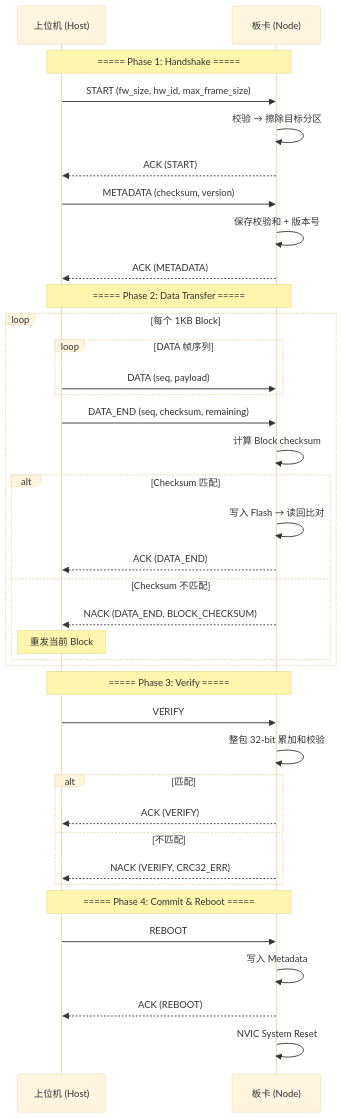
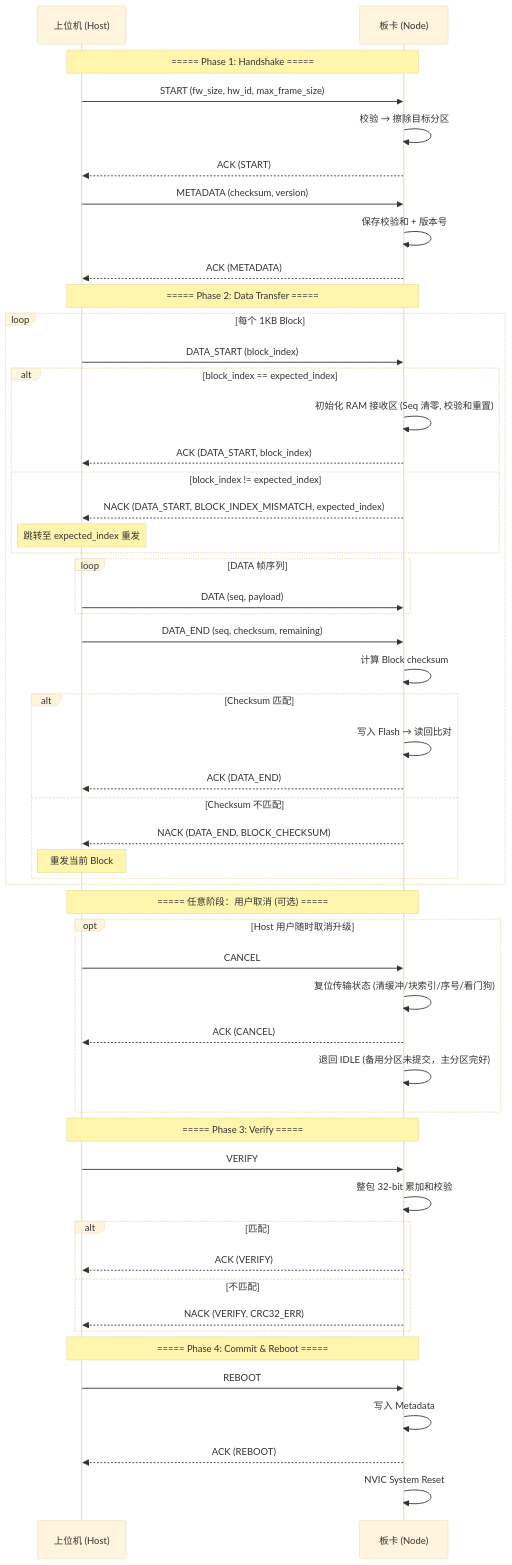
One commit to fubingyan2026/stm32_g474_boot changed the diagram in boot_protocol_spec.md. Above: the diagram before and after it, drawn with Mermaid (base theme). The commit also changed other lines of this file and 35 other files, not shown here.

````diff
--- a/boot_protocol_spec.md
+++ b/boot_protocol_spec.md
@@ -219,49 +255,66 @@
 ```mermaid
 sequenceDiagram
     participant H as 上位机 (Host)
     participant N as 板卡 (Node)
 
     Note over H,N: ===== Phase 1: Handshake =====
 
     H->>N: START (fw_size, hw_id, max_frame_size)
     N->>N: 校验 → 擦除目标分区
     N-->>H: ACK (START)
 
     H->>N: METADATA (checksum, version)
     N->>N: 保存校验和 + 版本号
     N-->>H: ACK (METADATA)
 
     Note over H,N: ===== Phase 2: Data Transfer =====
 
     loop 每个 1KB Block
+        H->>N: DATA_START (block_index)
+        alt block_index == expected_index
+            N->>N: 初始化 RAM 接收区 (Seq 清零, 校验和重置)
+            N-->>H: ACK (DATA_START, block_index)
+        else block_index != expected_index
+            N-->>H: NACK (DATA_START, BLOCK_INDEX_MISMATCH, expected_index)
+            Note over H: 跳转至 expected_index 重发
+        end
         loop DATA 帧序列
             H->>N: DATA (seq, payload)
         end
         H->>N: DATA_END (seq, checksum, remaining)
         N->>N: 计算 Block checksum
         alt Checksum 匹配
             N->>N: 写入 Flash → 读回比对
             N-->>H: ACK (DATA_END)
         else Checksum 不匹配
             N-->>H: NACK (DATA_END, BLOCK_CHECKSUM)
             Note over H: 重发当前 Block
         end
+    end
+
+    Note over H,N: ===== 任意阶段：用户取消 (可选) =====
+
+    opt Host 用户随时取消升级
+        H->>N: CANCEL
+        N->>N: 复位传输状态 (清缓冲/块索引/序号/看门狗)
+        N-->>H: ACK (CANCEL)
+        N->>N: 退回 IDLE (备用分区未提交，主分区完好)
     end
 
     Note over H,N: ===== Phase 3: Verify =====
 
     H->>N: VERIFY
     N->>N: 整包 32-bit 累加和校验
     alt 匹配
         N-->>H: ACK (VERIFY)
     else 不匹配
         N-->>H: NACK (VERIFY, CRC32_ERR)
     end
 
     Note over H,N: ===== Phase 4: Commit & Reboot =====
 
     H->>N: REBOOT
     N->>N: 写入 Metadata
     N-->>H: ACK (REBOOT)
     N->>N: NVIC System Reset
 ```
````
